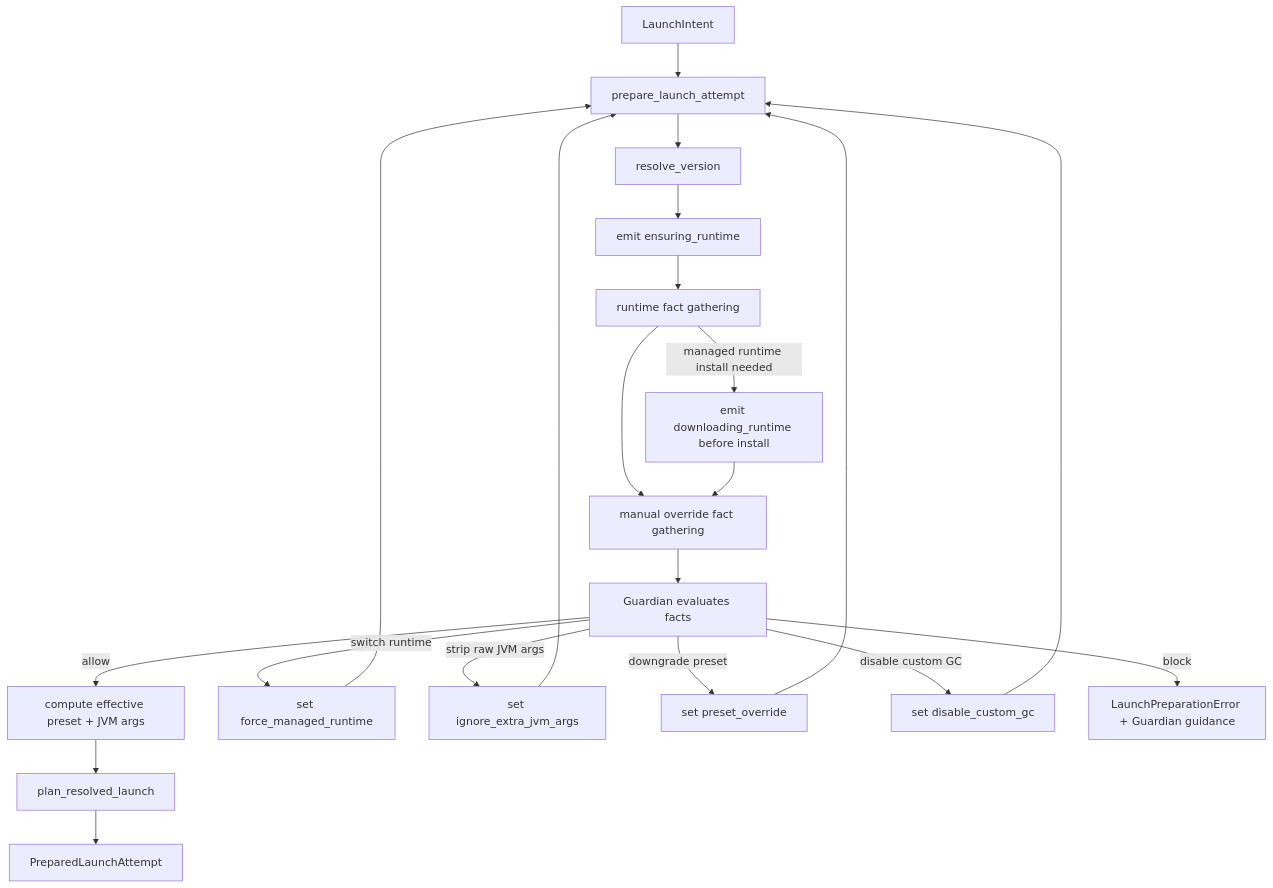
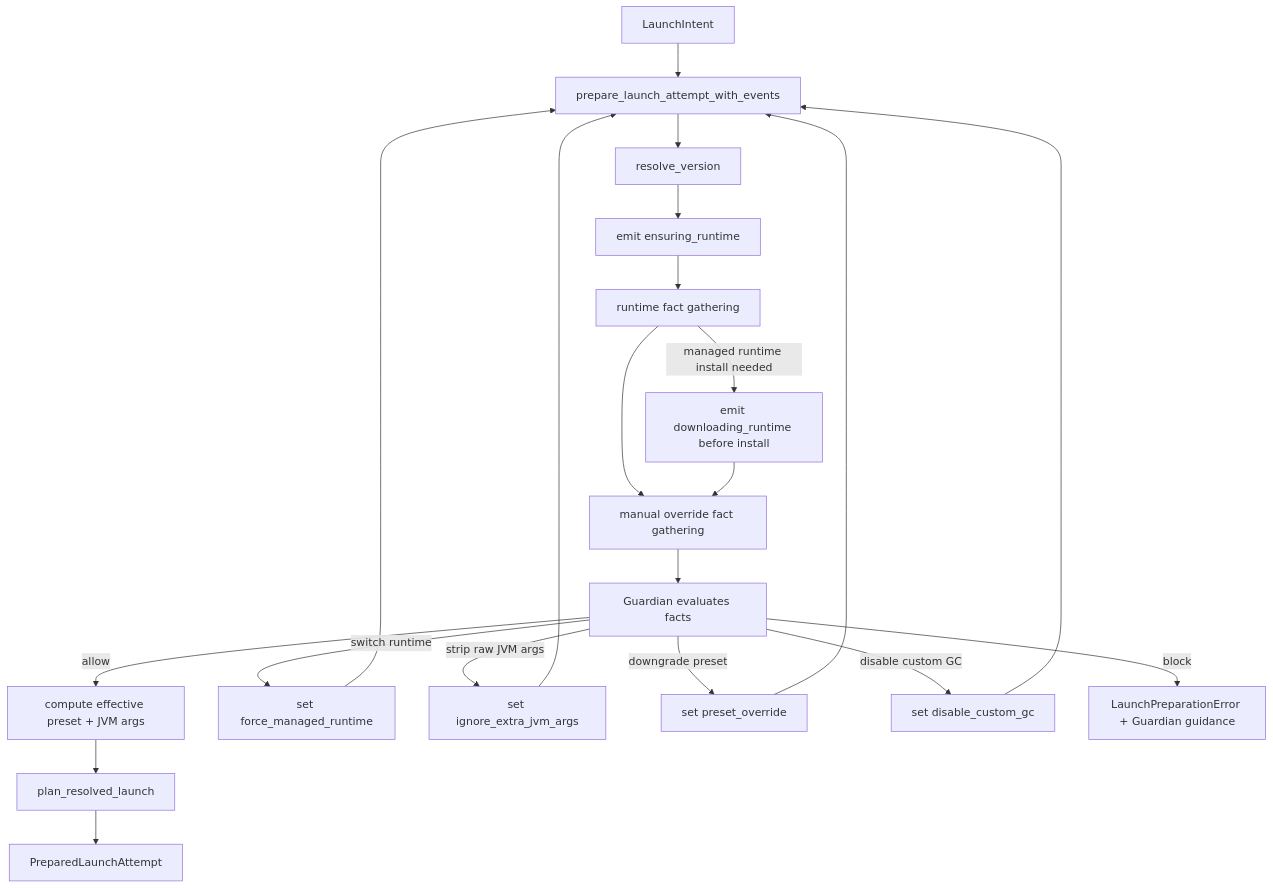
Before and after one commit to killedoxygen/axial: the third of 9 diagrams in docs/ARCHITECTURE.md, drawn with Mermaid. The commit also changed 15 other files, not shown here.

````diff
--- a/docs/ARCHITECTURE.md
+++ b/docs/ARCHITECTURE.md
@@ -154,23 +154,23 @@
 ```mermaid
 flowchart TD
-    A[LaunchIntent] --> B[prepare_launch_attempt]
+    A[LaunchIntent] --> B[prepare_launch_attempt_with_events]
     B --> C[resolve_version]
     C --> D[emit ensuring_runtime]
     D --> E[runtime fact gathering]
     E -->|managed runtime install needed| F[emit downloading_runtime before install]
     E --> G[manual override fact gathering]
     F --> G
     G --> H[Guardian evaluates facts]
     H -->|allow| I[compute effective preset + JVM args]
     H -->|switch runtime| J[set force_managed_runtime]
     H -->|strip raw JVM args| K[set ignore_extra_jvm_args]
     H -->|downgrade preset| L[set preset_override]
     H -->|disable custom GC| M[set disable_custom_gc]
     H -->|block| N[LaunchPreparationError + Guardian guidance]
     J --> B
     K --> B
     L --> B
     M --> B
     I --> O[plan_resolved_launch]
     O --> P[PreparedLaunchAttempt]
 ```
````
